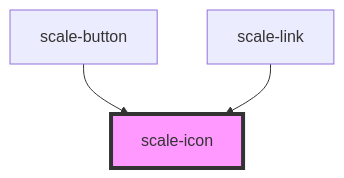
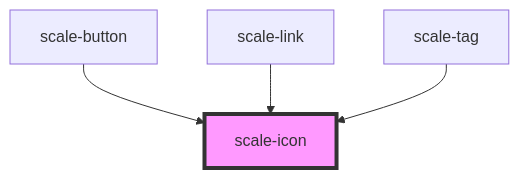
Before and after one commit to telekom/scale: the diagram in packages/components/src/components/icon/readme.md, drawn with Mermaid. The commit also changed other lines of this file and 33 other files, not shown here.

````diff
--- a/packages/components/src/components/icon/readme.md
+++ b/packages/components/src/components/icon/readme.md
@@ -29,6 +32,7 @@
 ```mermaid
 graph TD;
   scale-button --> scale-icon
   scale-link --> scale-icon
+  scale-tag --> scale-icon
   style scale-icon fill:#f9f,stroke:#333,stroke-width:4px
 ```
````
